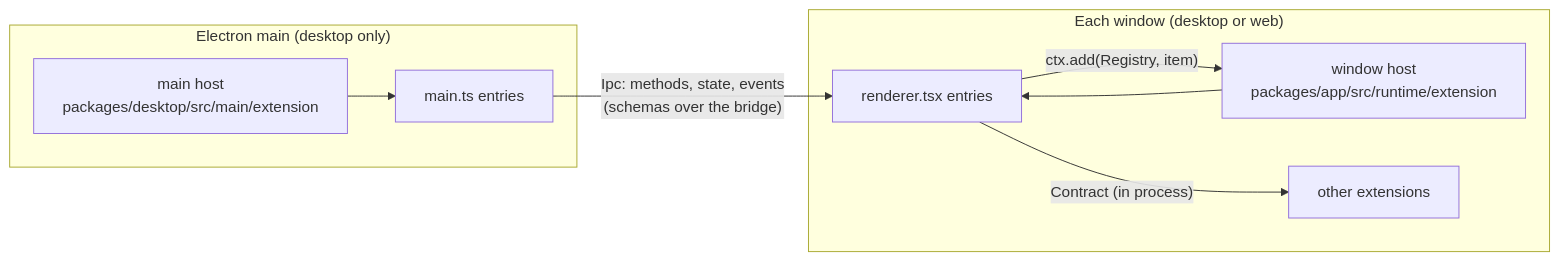
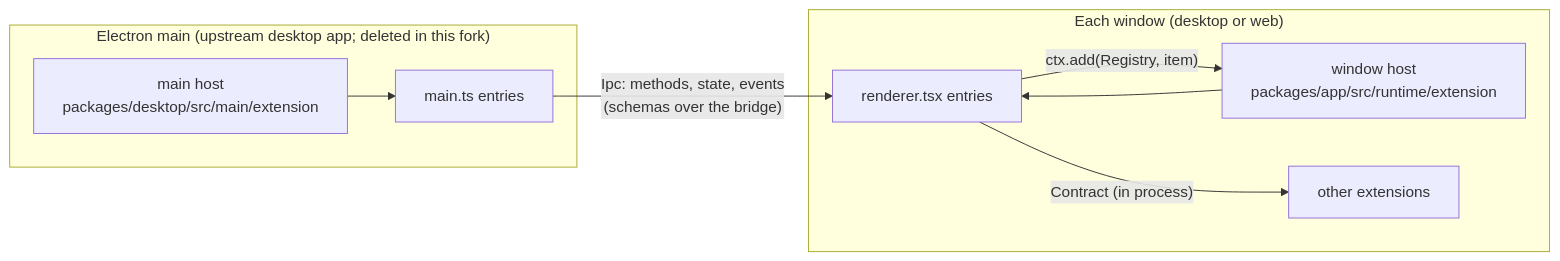
One commit to eric-stone-plus/opencode changed the first of 4 diagrams in packages/gui-extensions/README.md. Above: the diagram before and after it, drawn with Mermaid. The commit also changed other lines of this file and 48 other files, not shown here.

First line of the commit message:
chore: remove the desktop app's residue and correct stale fork prose

````diff
--- a/packages/gui-extensions/README.md
+++ b/packages/gui-extensions/README.md
@@ -9,12 +9,12 @@
 ```mermaid
 flowchart LR
-  subgraph main["Electron main (desktop only)"]
+  subgraph main["Electron main (upstream desktop app; deleted in this fork)"]
     mh["main host<br/>packages/desktop/src/main/extension"] --> me["main.ts entries"]
   end
   subgraph window["Each window (desktop or web)"]
     wh["window host<br/>packages/app/src/runtime/extension"] --> we["renderer.tsx entries"]
     we -- "ctx.add(Registry, item)" --> wh
     we -- "Contract (in process)" --> other["other extensions"]
   end
   me -- "Ipc: methods, state, events<br/>(schemas over the bridge)" --> we
 ```
````
